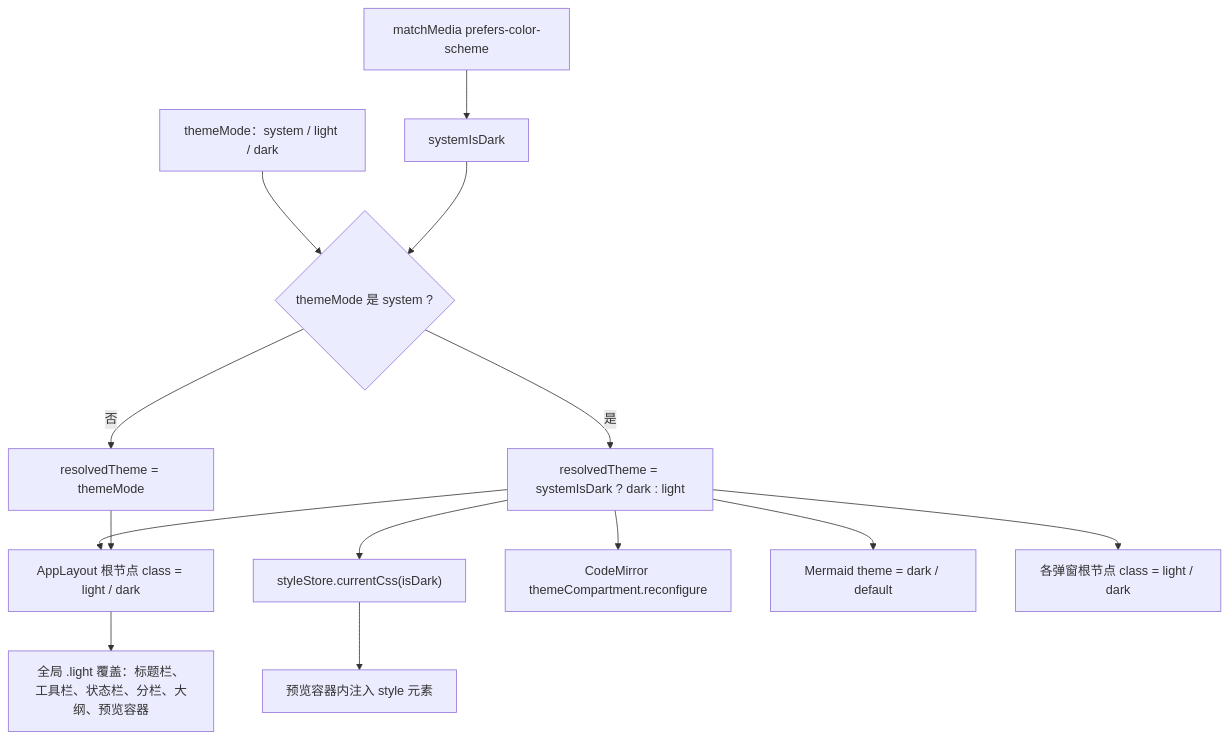
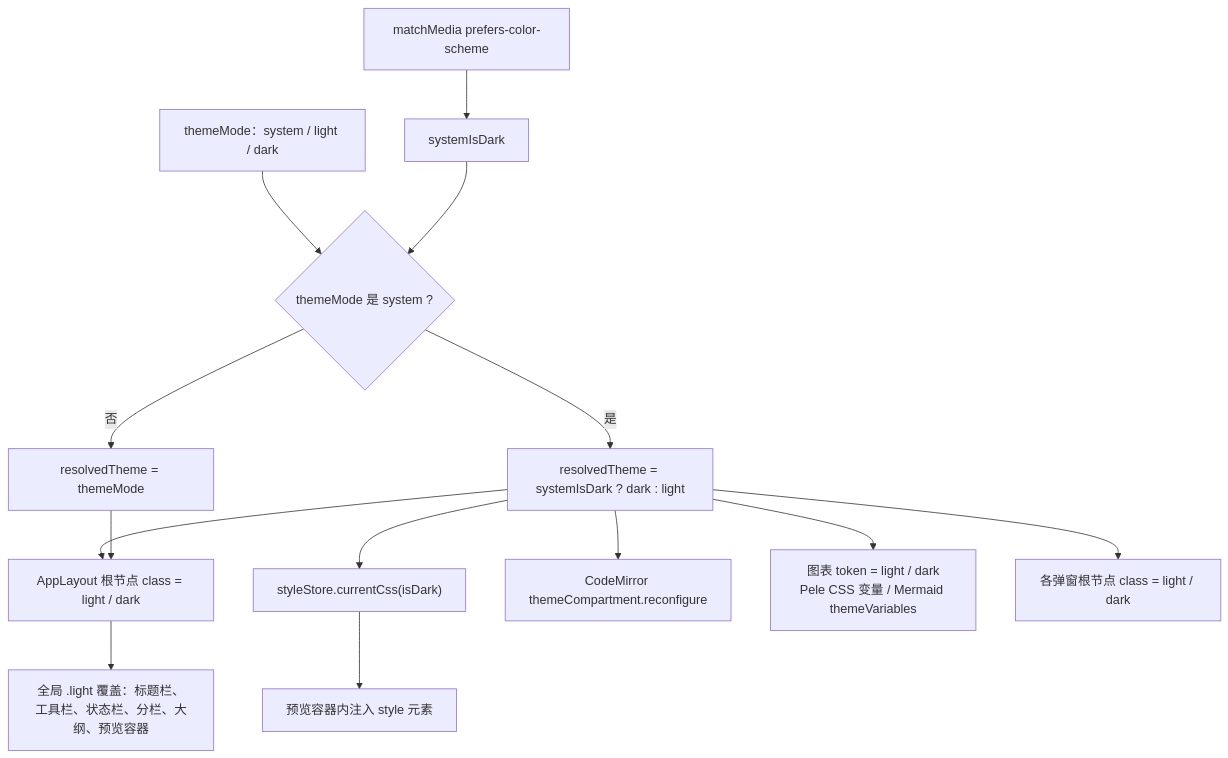
Before and after one commit to Harley-xk/mark-it: the diagram in docs/主题样式与布局.md, drawn with Mermaid. The commit also changed other lines of this file and 22 other files, not shown here.

Commit message:
feat(preview): 统一图表渲染并修复主题切换重绘

````diff
--- a/docs/主题样式与布局.md
+++ b/docs/主题样式与布局.md
@@ -52,16 +52,16 @@
 ```mermaid
 flowchart TD
   TM["themeMode：system / light / dark"] --> Q{"themeMode 是 system ?"}
   SYS["matchMedia prefers-color-scheme"] --> SD["systemIsDark"]
   SD --> Q
   Q -->|"是"| RT["resolvedTheme = systemIsDark ? dark : light"]
   Q -->|"否"| RT2["resolvedTheme = themeMode"]
   RT --> CLS["AppLayout 根节点 class = light / dark"]
   RT2 --> CLS
   CLS --> G["全局 .light 覆盖：标题栏、工具栏、状态栏、分栏、大纲、预览容器"]
   RT --> SS["styleStore.currentCss(isDark)"]
   SS --> ST["预览容器内注入 style 元素"]
   RT --> CM["CodeMirror themeCompartment.reconfigure"]
-  RT --> MM["Mermaid theme = dark / default"]
+  RT --> MM["图表 token = light / dark<br/>Pele CSS 变量 / Mermaid themeVariables"]
   RT --> DLG["各弹窗根节点 class = light / dark"]
 ```
````
